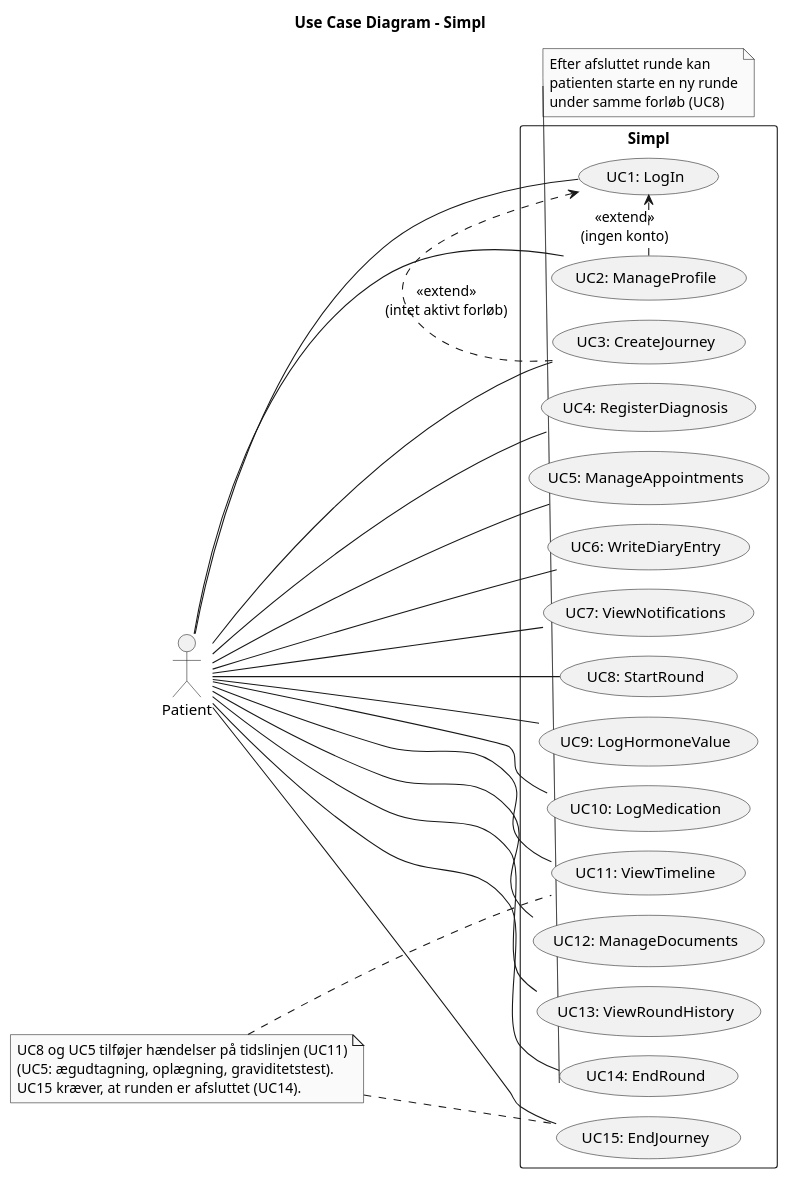
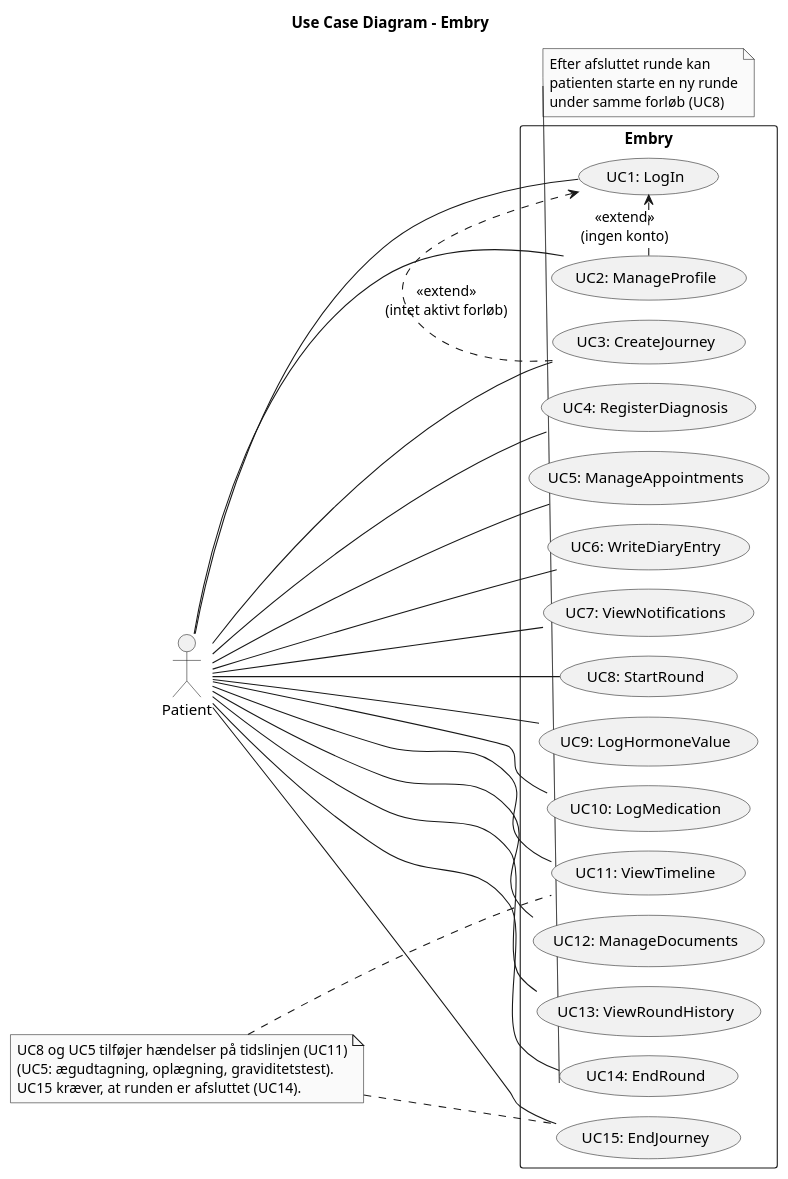
One commit to BesimaP/Simpl-PET-project changed the diagram in doc/dynamic/Usecase.puml. Above: the diagram before and after it, drawn with PlantUML. The commit also changed 44 other files, not shown here.

First line of the commit message:
Omdøb Simpl til Embry

```diff
--- a/doc/dynamic/Usecase.puml
+++ b/doc/dynamic/Usecase.puml
@@ -1,60 +1,60 @@
 @startuml
 !pragma layout smetana
 skinparam shadowing false
 skinparam monochrome true
 skinparam defaultFontName Arial
 left to right direction
 
-title Use Case Diagram - Simpl
+title Use Case Diagram - Embry
 
 actor "Patient" as u
 
-rectangle "Simpl" {
+rectangle "Embry" {
   usecase "UC1: LogIn" as UC1
   usecase "UC2: ManageProfile" as UC2
   usecase "UC3: CreateJourney" as UC3
   usecase "UC4: RegisterDiagnosis" as UC4
   usecase "UC5: ManageAppointments" as UC5
   usecase "UC6: WriteDiaryEntry" as UC6
   usecase "UC7: ViewNotifications" as UC7
   usecase "UC8: StartRound" as UC8
   usecase "UC9: LogHormoneValue" as UC9
   usecase "UC10: LogMedication" as UC10
   usecase "UC11: ViewTimeline" as UC11
   usecase "UC12: ManageDocuments" as UC12
   usecase "UC13: ViewRoundHistory" as UC13
   usecase "UC14: EndRound" as UC14
   usecase "UC15: EndJourney" as UC15
 }
 
 u -- UC1
 u -- UC2
 u -- UC3
 u -- UC4
 u -- UC5
 u -- UC6
 u -- UC7
 u -- UC8
 u -- UC9
 u -- UC10
 u -- UC11
 u -- UC12
 u -- UC13
 u -- UC14
 u -- UC15
 
 ' Betingede udvidelser af login-flowet
 UC2 .> UC1 : <<extend>>\n(ingen konto)
 UC3 .> UC1 : <<extend>>\n(intet aktivt forløb)
 
 note "UC8 og UC5 tilføjer hændelser på tidslinjen (UC11)\n(UC5: ægudtagning, oplægning, graviditetstest).\nUC15 kræver, at runden er afsluttet (UC14)." as N1
 N1 .. UC11
 N1 .. UC15
 
 note bottom of UC14
   Efter afsluttet runde kan
   patienten starte en ny runde
   under samme forløb (UC8)
 end note
 
 @enduml
```
